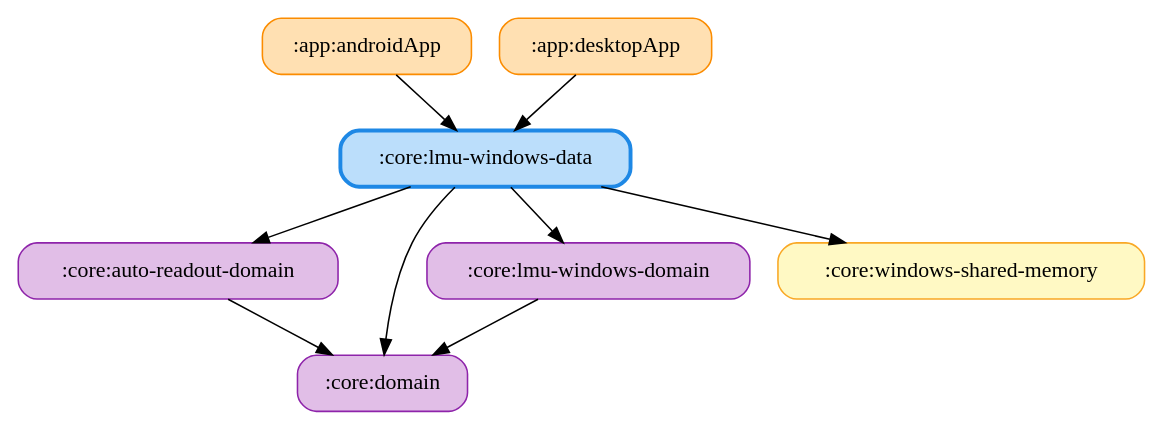
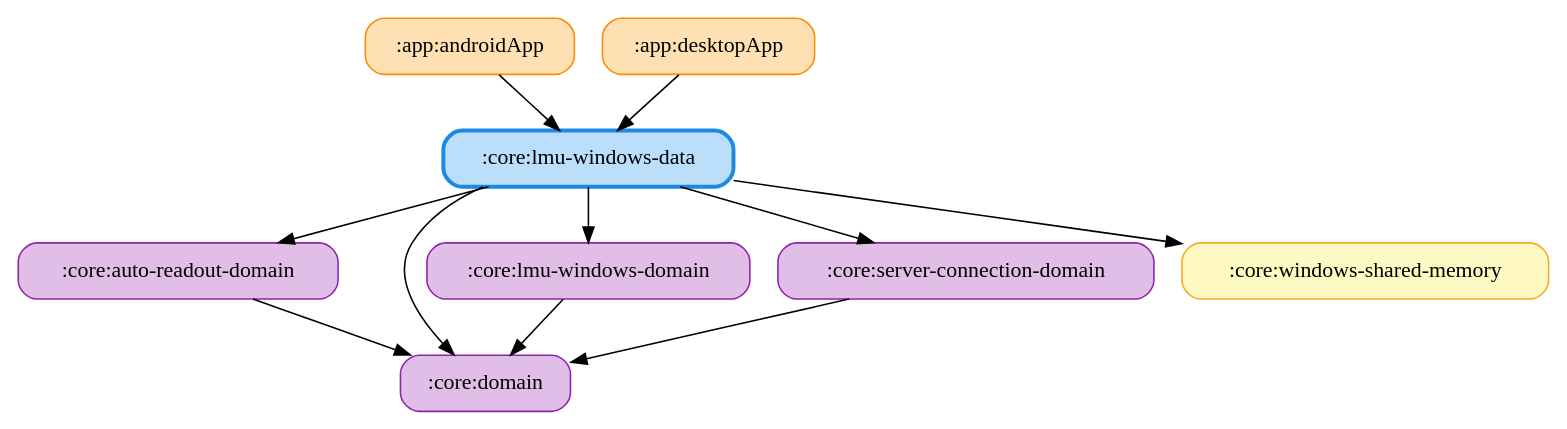
Before and after one commit to ai-kurou/KoDriver: the diagram in docs/graphs/core-lmu-windows-data.gv, drawn with Graphviz. The commit also changed 43 other files, not shown here.

Commit message:
chore: update module graph images

```diff
--- a/docs/graphs/core-lmu-windows-data.gv
+++ b/docs/graphs/core-lmu-windows-data.gv
@@ -1,19 +1,22 @@
 digraph G {
   rankdir=TB
   node [shape=box, style="rounded,filled"]
   ":app:androidApp" [fillcolor="#FFE0B2", color="#FB8C00", penwidth=1]
   ":app:desktopApp" [fillcolor="#FFE0B2", color="#FB8C00", penwidth=1]
   ":core:auto-readout-domain" [fillcolor="#E1BEE7", color="#8E24AA", penwidth=1]
   ":core:domain" [fillcolor="#E1BEE7", color="#8E24AA", penwidth=1]
   ":core:lmu-windows-data" [fillcolor="#BBDEFB", color="#1E88E5", penwidth=2.5]
   ":core:lmu-windows-domain" [fillcolor="#E1BEE7", color="#8E24AA", penwidth=1]
+  ":core:server-connection-domain" [fillcolor="#E1BEE7", color="#8E24AA", penwidth=1]
   ":core:windows-shared-memory" [fillcolor="#FFF9C4", color="#F9A825", penwidth=1]
   ":app:androidApp" -> ":core:lmu-windows-data"
   ":app:desktopApp" -> ":core:lmu-windows-data"
   ":core:auto-readout-domain" -> ":core:domain"
   ":core:lmu-windows-data" -> ":core:domain"
   ":core:lmu-windows-data" -> ":core:lmu-windows-domain"
   ":core:lmu-windows-data" -> ":core:auto-readout-domain"
+  ":core:lmu-windows-data" -> ":core:server-connection-domain"
   ":core:lmu-windows-data" -> ":core:windows-shared-memory"
   ":core:lmu-windows-domain" -> ":core:domain"
+  ":core:server-connection-domain" -> ":core:domain"
 }
```
